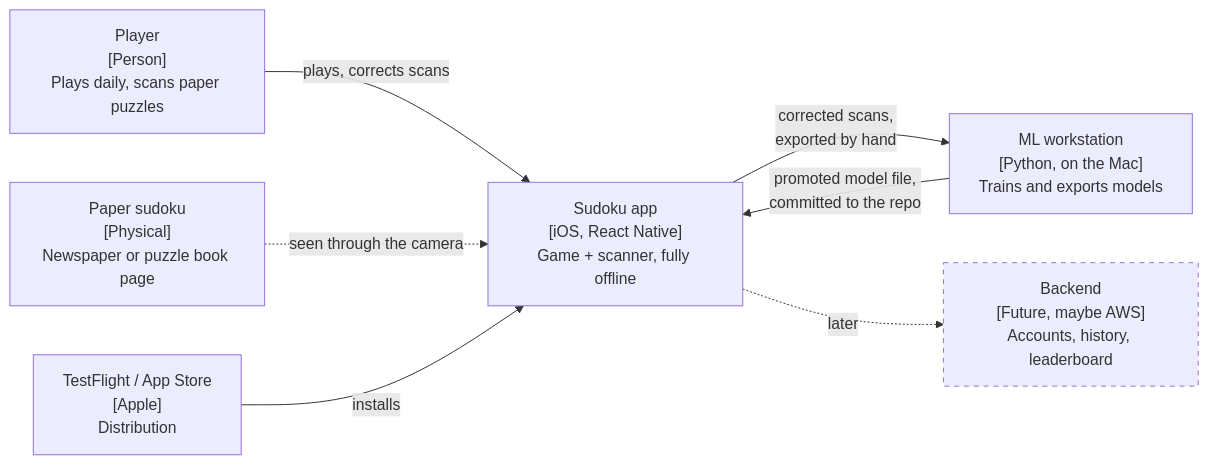
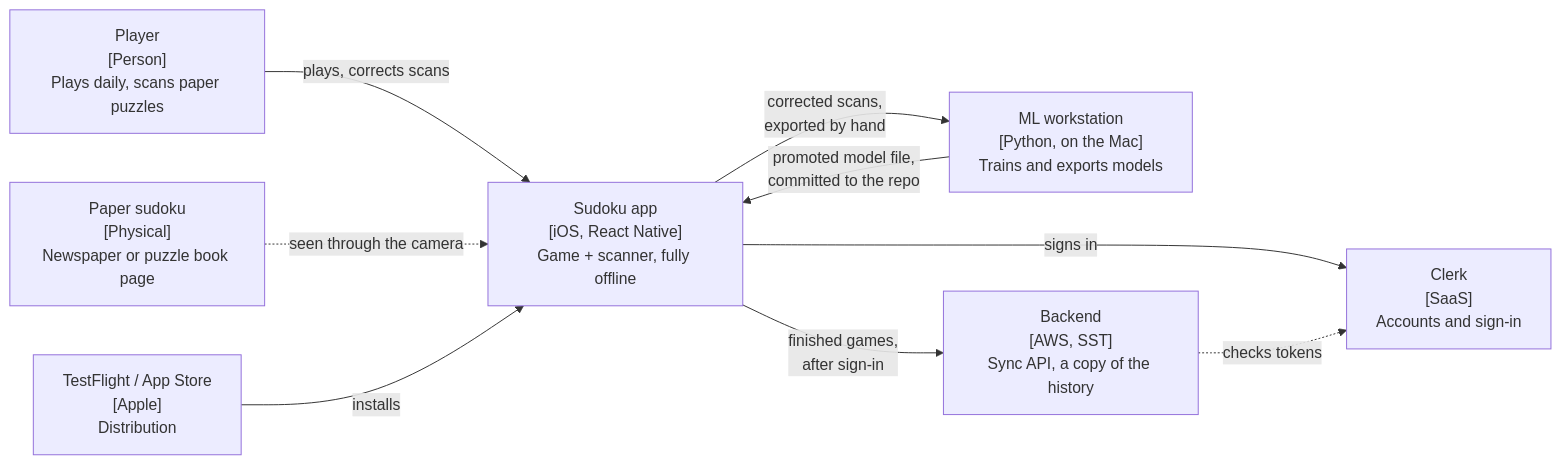
Before and after one commit to vandemaelefelix/sudoku: the first of 2 diagrams in docs/architecture/03-system-scope-and-context.md, drawn with Mermaid. The commit also changed other lines of this file and 16 other files, not shown here.

Commit message:
docs(architecture): decide the backend platform and the history sync (#100)

````diff
--- a/docs/architecture/03-system-scope-and-context.md
+++ b/docs/architecture/03-system-scope-and-context.md
@@ -9,18 +9,19 @@
 ```mermaid
 flowchart LR
     player["Player<br>[Person]<br>Plays daily, scans paper puzzles"]
     paper["Paper sudoku<br>[Physical]<br>Newspaper or puzzle book page"]
     app["Sudoku app<br>[iOS, React Native]<br>Game + scanner, fully offline"]
     ml["ML workstation<br>[Python, on the Mac]<br>Trains and exports models"]
     tf["TestFlight / App Store<br>[Apple]<br>Distribution"]
-    be["Backend<br>[Future, maybe AWS]<br>Accounts, history, leaderboard"]
+    clerk["Clerk<br>[SaaS]<br>Accounts and sign-in"]
+    be["Backend<br>[AWS, SST]<br>Sync API, a copy of the history"]
 
     player -->|plays, corrects scans| app
     paper -.->|seen through the camera| app
     ml -->|promoted model file,<br>committed to the repo| app
     app -->|corrected scans,<br>exported by hand| ml
     tf -->|installs| app
-    app -.->|later| be
-
-    style be stroke-dasharray: 5 5
+    app -->|signs in| clerk
+    app -->|finished games,<br>after sign-in| be
+    be -.->|checks tokens| clerk
 ```
````
